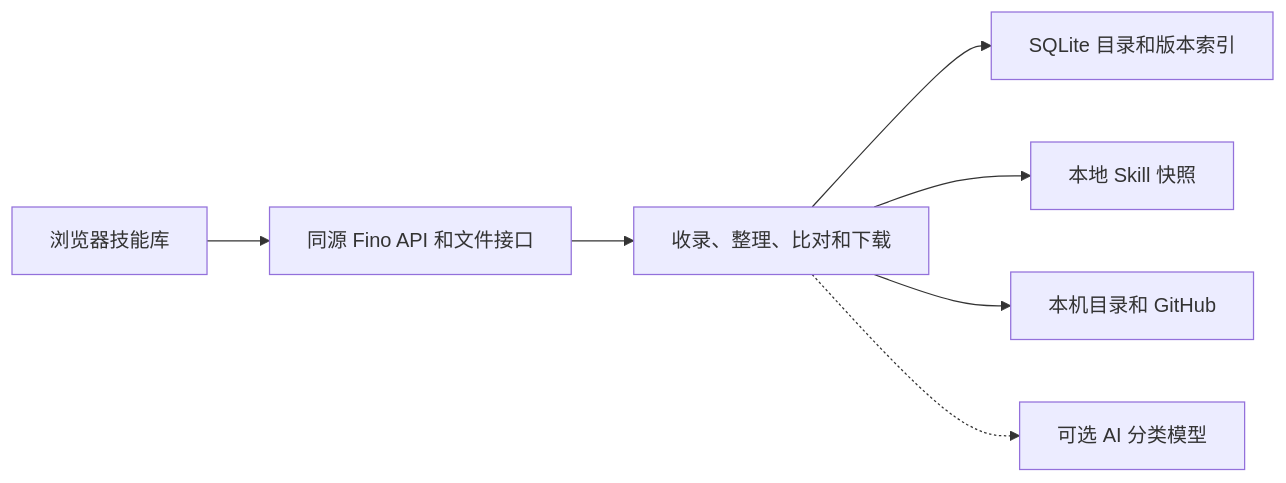
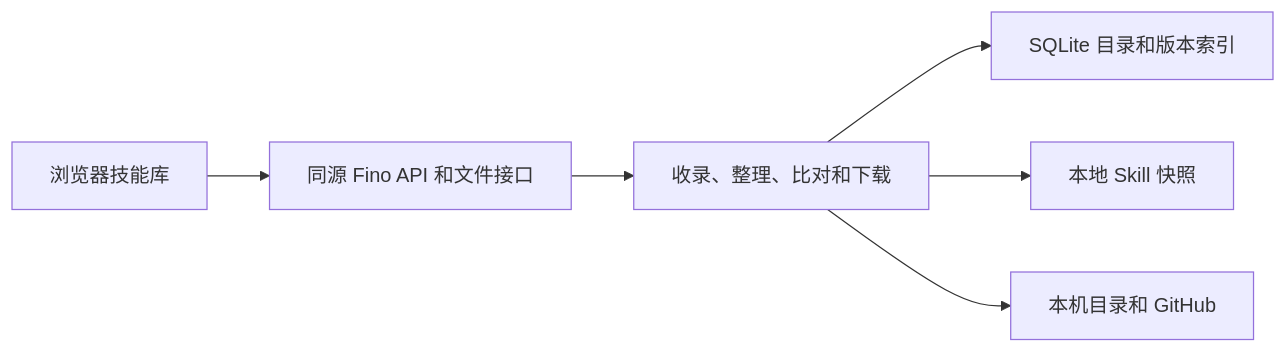
Before and after one commit to fino-apps/skillhub: the diagram in docs/SKILLHUB_ARCHITECTURE.md, drawn with Mermaid. The commit also changed other lines of this file and 24 other files, not shown here.

````diff
--- a/docs/SKILLHUB_ARCHITECTURE.md
+++ b/docs/SKILLHUB_ARCHITECTURE.md
@@ -49,9 +49,8 @@
 ```mermaid
 flowchart LR
     UI["浏览器技能库"] --> API["同源 Fino API 和文件接口"]
     API --> APP["收录、整理、比对和下载"]
     APP --> DB["SQLite 目录和版本索引"]
     APP --> FS["本地 Skill 快照"]
     APP --> GIT["本机目录和 GitHub"]
-    APP -.-> AI["可选 AI 分类模型"]
 ```
````
